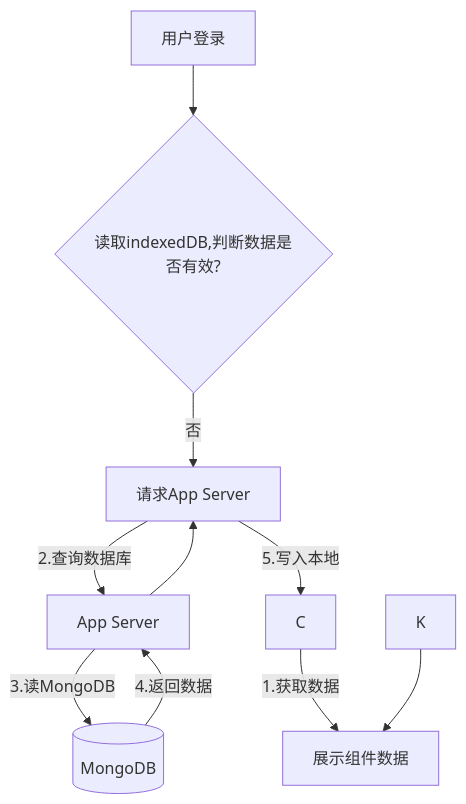
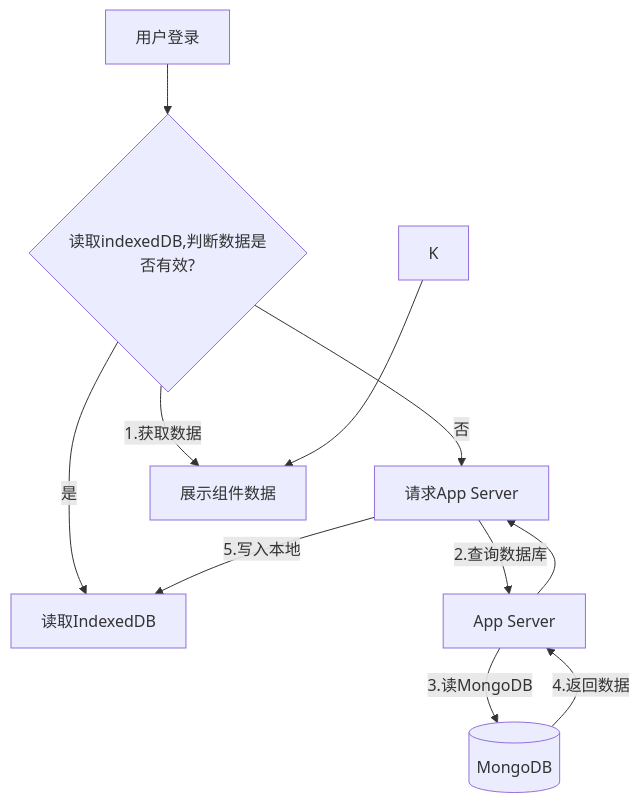
One commit to yingjianzh/iodraw-files changed the diagram in all/未命名-22.md. Above: the diagram before and after it, drawn with Mermaid.

Commit message:
2025-02-18 16:07:51 update

````diff
--- a/all/未命名-22.md
+++ b/all/未命名-22.md
@@ -1,12 +1,12 @@
 ```mermaid
 graph TD
     A[用户登录] --> B{读取indexedDB,判断数据是否有效?}
-    
+    B -->|是| C[读取IndexedDB]
     B -->|否| D[请求App Server]
-    C -->|1.获取数据| E[展示组件数据]
+    B -->|1.获取数据| E[展示组件数据]
     D -->|2.查询数据库| F[App Server]
     F -->|3.读MongoDB| G[(MongoDB)]
     G -->|4.返回数据| F --> D
     D -->|5.写入本地| C
     K --> E
 ```
````
